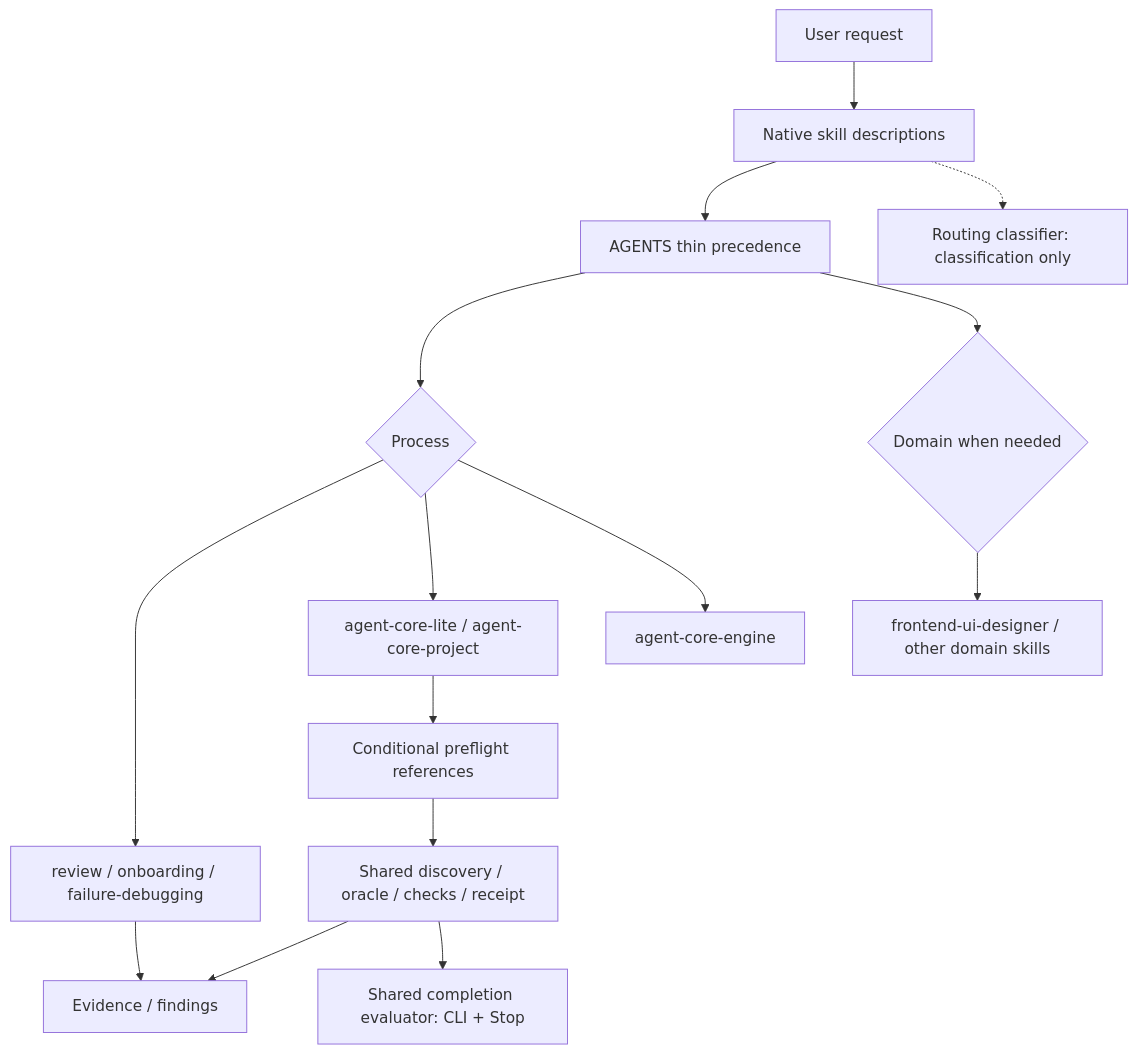
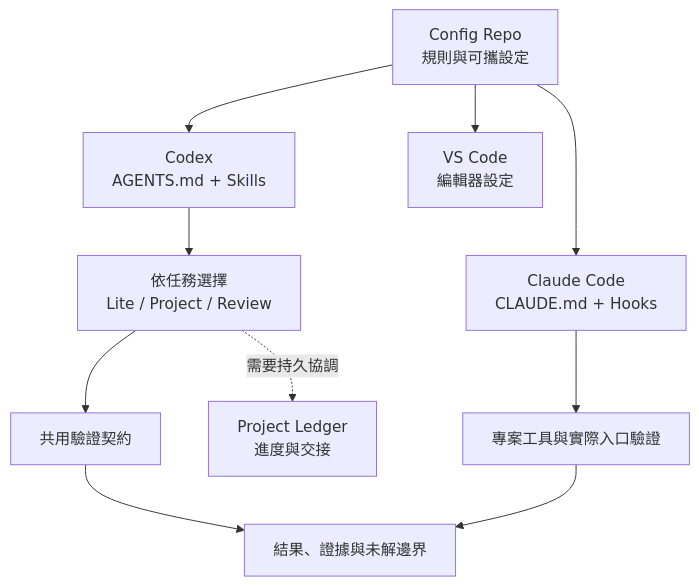
One commit to moonking60144-collab/Agent-Config changed the first of 2 diagrams in README.md. Above: the diagram before and after it, drawn with Mermaid. The commit also changed other lines of this file and 14 other files, not shown here.

First line of the commit message:
refactor(workflow): 收斂雙 agent 規則並補齊 Claude 同步

````diff
--- a/README.md
+++ b/README.md
@@ -130,17 +5,12 @@
-~~~mermaid
-flowchart TD
-  A["User request"] --> B["Native skill descriptions"]
-  B --> C["AGENTS thin precedence"]
-  C --> D{"Process"}
-  D --> E["review / onboarding / failure-debugging"]
-  D --> F["agent-core-lite / agent-core-project"]
-  D --> G["agent-core-engine"]
-  C --> H{"Domain when needed"}
-  H --> I["frontend-ui-designer / other domain skills"]
-  F --> J["Conditional preflight references"]
-  E --> K["Evidence / findings"]
-  J --> V["Shared discovery / oracle / checks / receipt"]
-  V --> K
-  V --> S["Shared completion evaluator: CLI + Stop"]
-  B -.-> L["Routing classifier: classification only"]
-~~~
+```mermaid
+flowchart TB
+    R["Config Repo<br/>規則與可攜設定"] --> C["Codex<br/>AGENTS.md + Skills"]
+    R --> A["Claude Code<br/>CLAUDE.md + Hooks"]
+    R --> V["VS Code<br/>編輯器設定"]
+    C --> S["依任務選擇<br/>Lite / Project / Review"]
+    S --> E["共用驗證契約"]
+    S -. "需要持久協調" .-> P["Project Ledger<br/>進度與交接"]
+    A --> T["專案工具與實際入口驗證"]
+    E --> O["結果、證據與未解邊界"]
+    T --> O
+```
````
